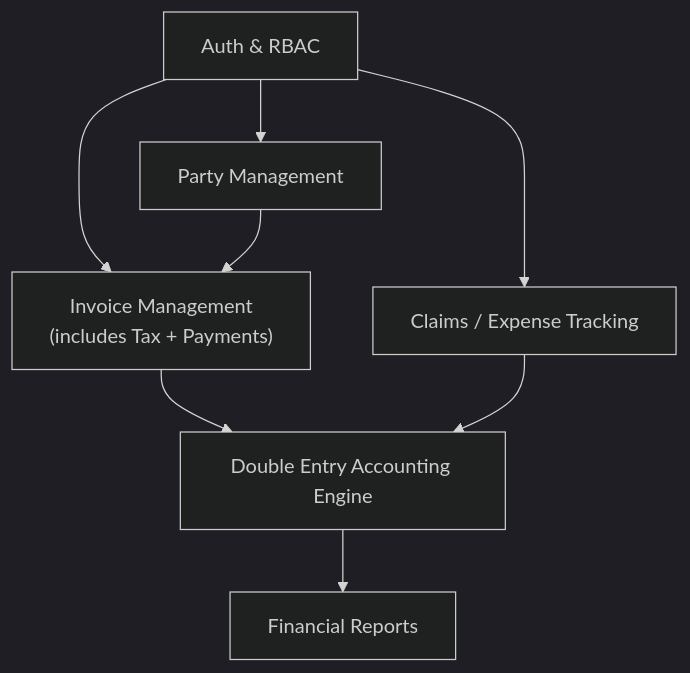
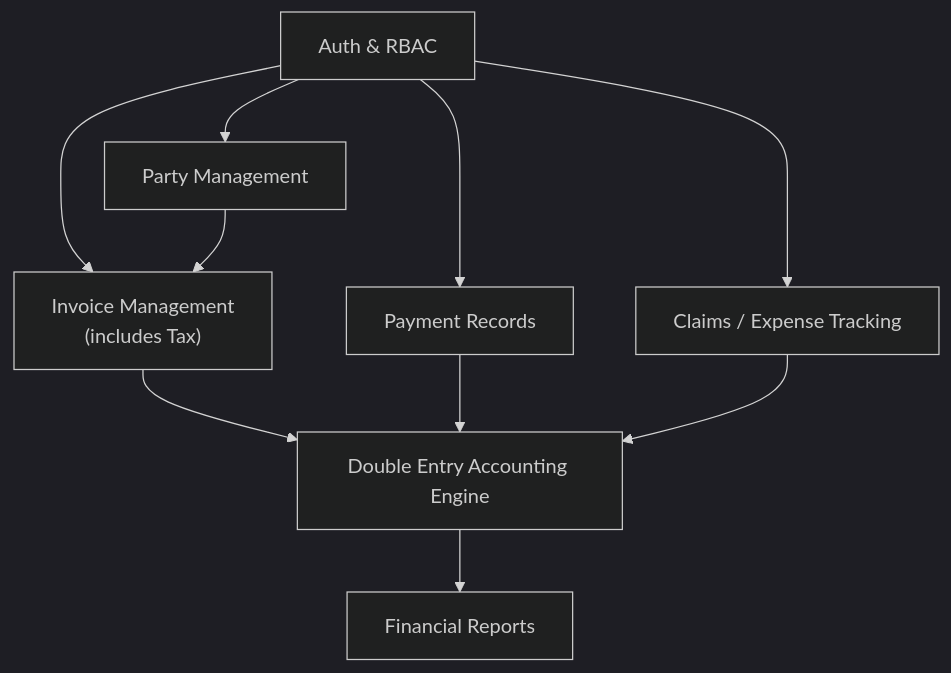
Before and after one commit to 10x-Slackers/CSC1106: the diagram in docs/PROPOSAL.md, drawn with Mermaid (dark theme). The commit also changed other lines of this file and 17 other files, not shown here.

First line of the commit message:
feat(payment): implement payments and refactor posting (#47)

````diff
--- a/docs/PROPOSAL.md
+++ b/docs/PROPOSAL.md
@@ -327,17 +342,20 @@
 ```mermaid
 flowchart TD
     Auth["Auth & RBAC"]
     Party["Party Management"]
-    Invoice["Invoice Management\n(includes Tax + Payments)"]
+    Invoice["Invoice Management\n(includes Tax)"]
+    Payment["Payment Records"]
     Claims["Claims / Expense Tracking"]
     DEE["Double Entry Accounting Engine"]
     Reports["Financial Reports"]
 
     Auth --> Party
     Auth --> Invoice
+    Auth --> Payment
     Auth --> Claims
     Party --> Invoice
     Invoice --> DEE
+    Payment --> DEE
     Claims --> DEE
     DEE --> Reports
 ```
````
